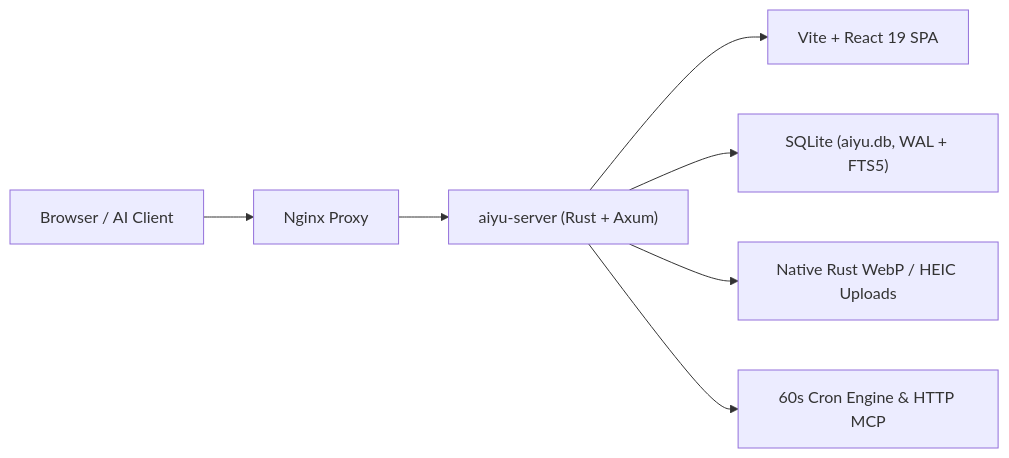
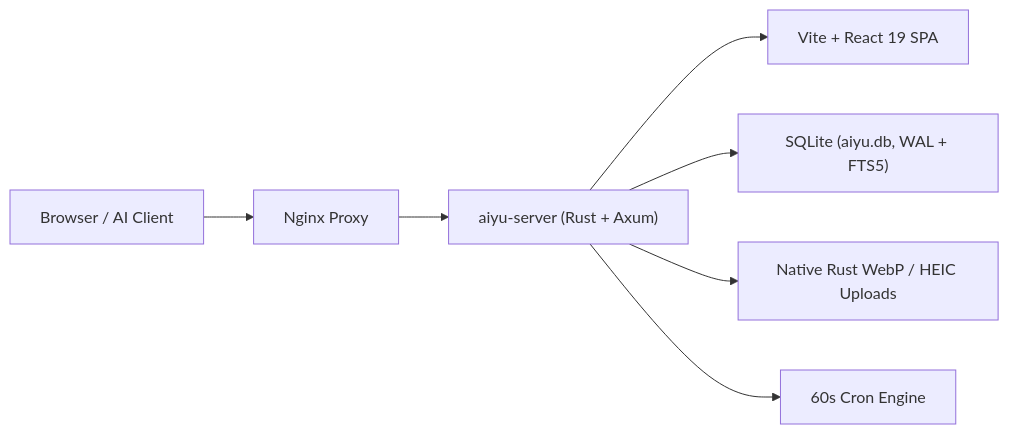
Before and after one commit to aiyu-ayaan/Aiyu: the diagram in README.md, drawn with Mermaid. The commit also changed other lines of this file and 25 other files, not shown here.

Commit message:
refactor(mcp): remove legacy MCP server and references

````diff
--- a/README.md
+++ b/README.md
@@ -26,9 +26,9 @@
 ```mermaid
 flowchart LR
     Client["Browser / AI Client"] --> Nginx["Nginx Proxy"]
     Nginx --> Server["aiyu-server (Rust + Axum)"]
     Server --> SPA["Vite + React 19 SPA"]
     Server --> DB["SQLite (aiyu.db, WAL + FTS5)"]
     Server --> Media["Native Rust WebP / HEIC Uploads"]
-    Server --> Jobs["60s Cron Engine & HTTP MCP"]
+    Server --> Jobs["60s Cron Engine"]
 ```
````
